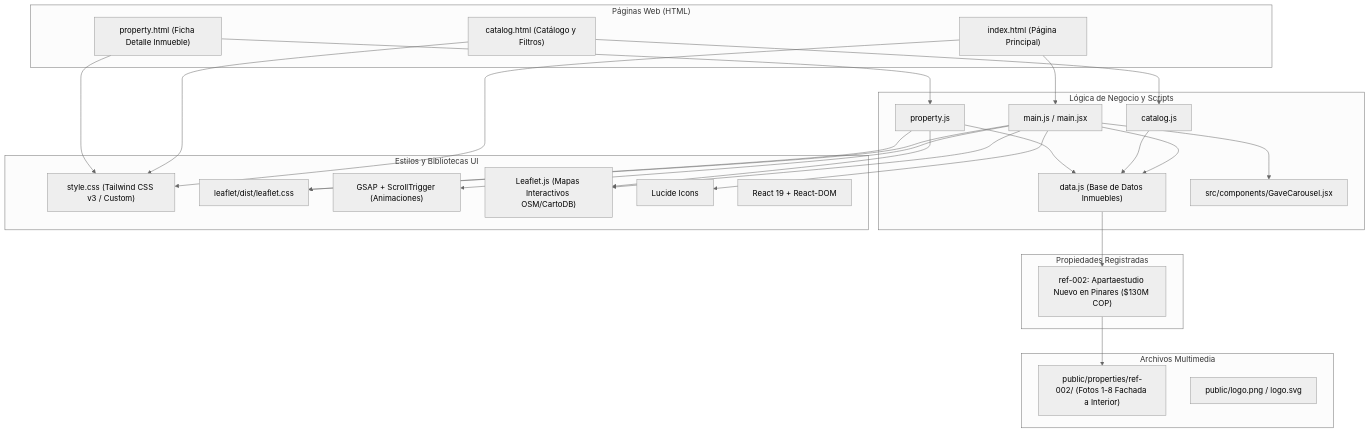
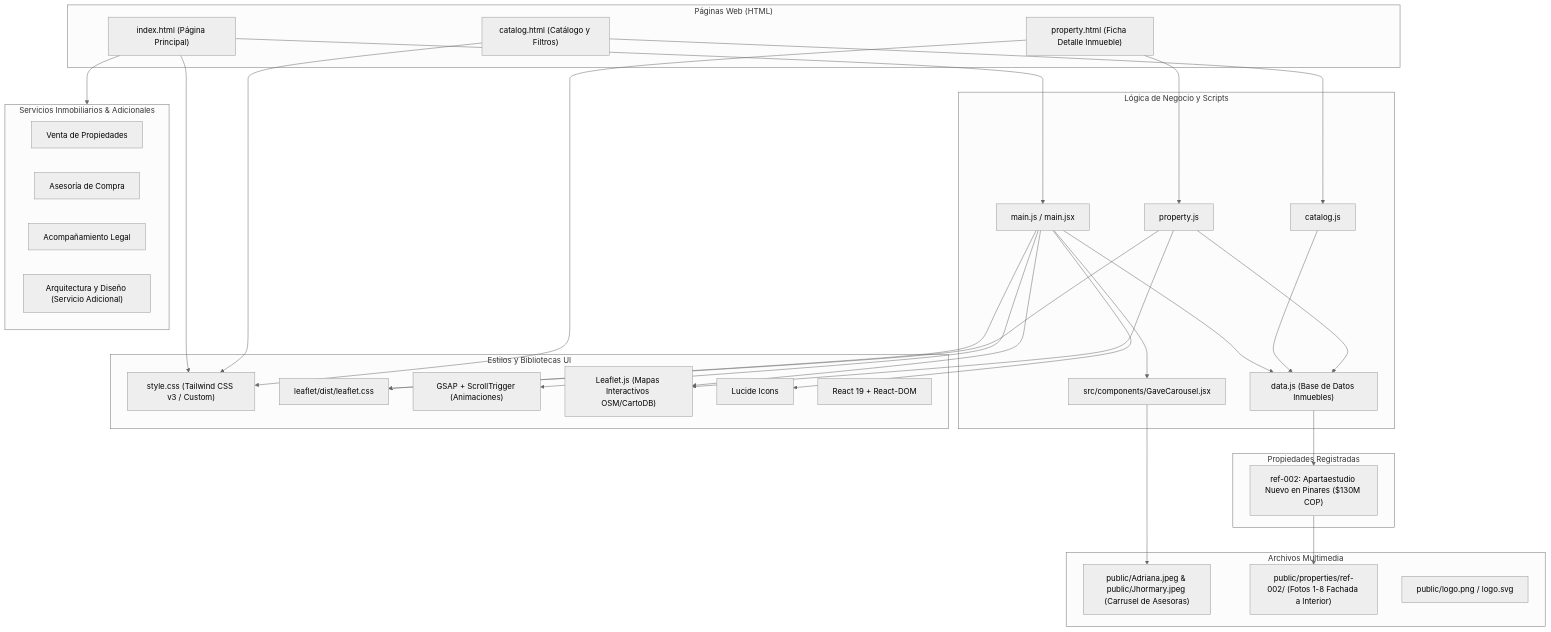
One commit to RedbrickSeven8/gave-propiedades changed the diagram in PROJECT_MAP.md. Above: the diagram before and after it, drawn with Mermaid (neutral theme). The commit also changed other lines of this file and 7 other files, not shown here.

Commit message:
Actualizar imágenes del carrusel (Adriana y Jhormary) y agregar servicio adicional de Arquitectura y Diseño

````diff
--- a/PROJECT_MAP.md
+++ b/PROJECT_MAP.md
@@ -5,64 +5,76 @@
 ```mermaid
 graph TD
     %% Rutas Principales
     subgraph Rutas ["Páginas Web (HTML)"]
         Index["index.html (Página Principal)"]
         Catalog["catalog.html (Catálogo y Filtros)"]
         Property["property.html (Ficha Detalle Inmueble)"]
     end
 
     %% Módulos JS y Lógica
     subgraph ModulosJS ["Lógica de Negocio y Scripts"]
         MainJS["main.js / main.jsx"]
         CatalogJS["catalog.js"]
         PropertyJS["property.js"]
         DataJS["data.js (Base de Datos Inmuebles)"]
         GaveCarousel["src/components/GaveCarousel.jsx"]
     end
 
     %% Estilos y Frameworks
     subgraph UI_UX ["Estilos y Bibliotecas UI"]
         StyleCSS["style.css (Tailwind CSS v3 / Custom)"]
         LeafletCSS["leaflet/dist/leaflet.css"]
         GSAP["GSAP + ScrollTrigger (Animaciones)"]
         LeafletJS["Leaflet.js (Mapas Interactivos OSM/CartoDB)"]
         LucideIcons["Lucide Icons"]
         React19["React 19 + React-DOM"]
     end
 
     %% Base de Datos de Inmuebles
     subgraph Inmuebles ["Propiedades Registradas"]
         Ref002["ref-002: Apartaestudio Nuevo en Pinares ($130M COP)"]
     end
 
+    %% Servicios Ofrecidos
+    subgraph Servicios ["Servicios Inmobiliarios & Adicionales"]
+        Srv1["Venta de Propiedades"]
+        Srv2["Asesoría de Compra"]
+        Srv3["Acompañamiento Legal"]
+        Srv4["Arquitectura y Diseño (Servicio Adicional)"]
+    end
+
     %% Recursos y Multimedia
     subgraph Assets ["Archivos Multimedia"]
+        TeamImgs["public/Adriana.jpeg & public/Jhormary.jpeg (Carrusel de Asesoras)"]
         Ref002_Imgs["public/properties/ref-002/ (Fotos 1-8 Fachada a Interior)"]
         BrandLogo["public/logo.png / logo.svg"]
     end
 
     %% Relaciones
     Index --> MainJS
     Catalog --> CatalogJS
     Property --> PropertyJS
 
     MainJS --> DataJS
     MainJS --> GaveCarousel
     MainJS --> LeafletJS
     MainJS --> GSAP
     MainJS --> LucideIcons
 
+    GaveCarousel --> TeamImgs
+
     CatalogJS --> DataJS
     PropertyJS --> DataJS
     PropertyJS --> LeafletJS
 
+    Index --> Servicios
+
     DataJS --> Ref002
-
     Ref002 --> Ref002_Imgs
 
     Index --> StyleCSS
     Catalog --> StyleCSS
     Property --> StyleCSS
     MainJS --> LeafletCSS
     PropertyJS --> LeafletCSS
 ```
````
